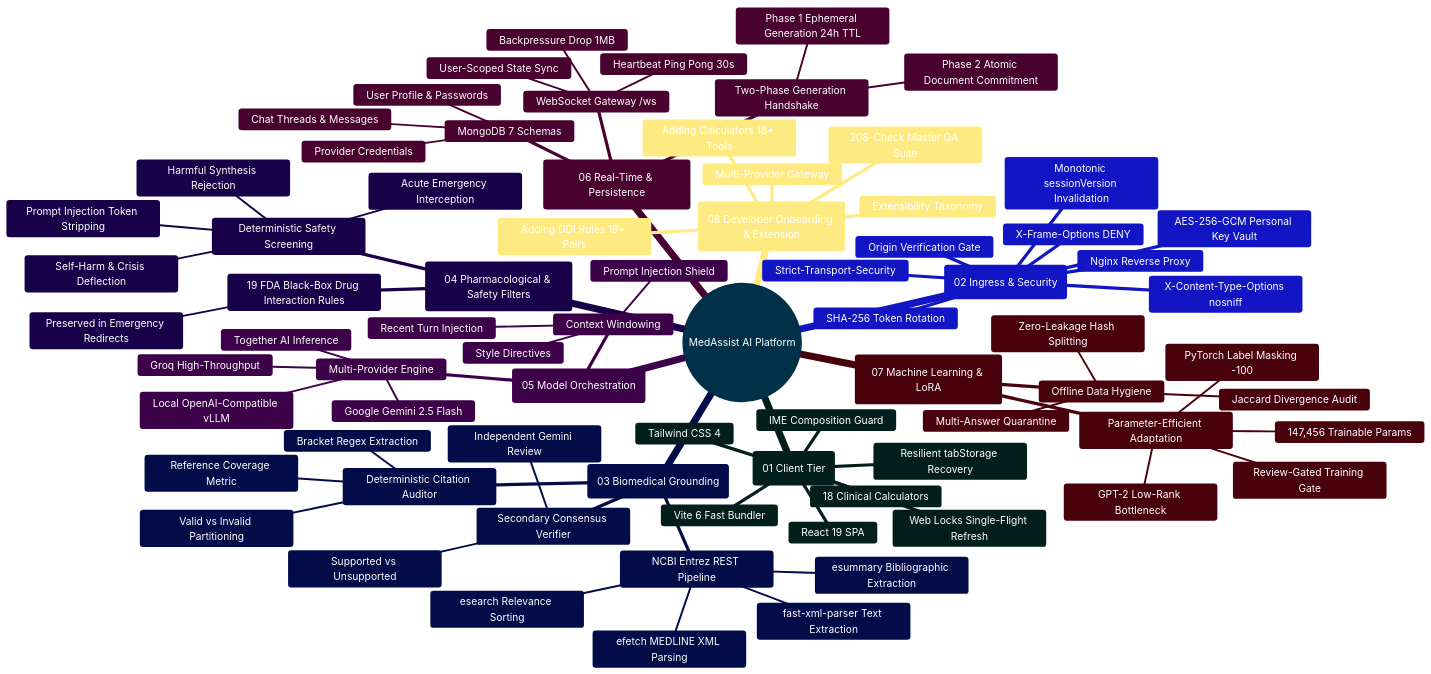
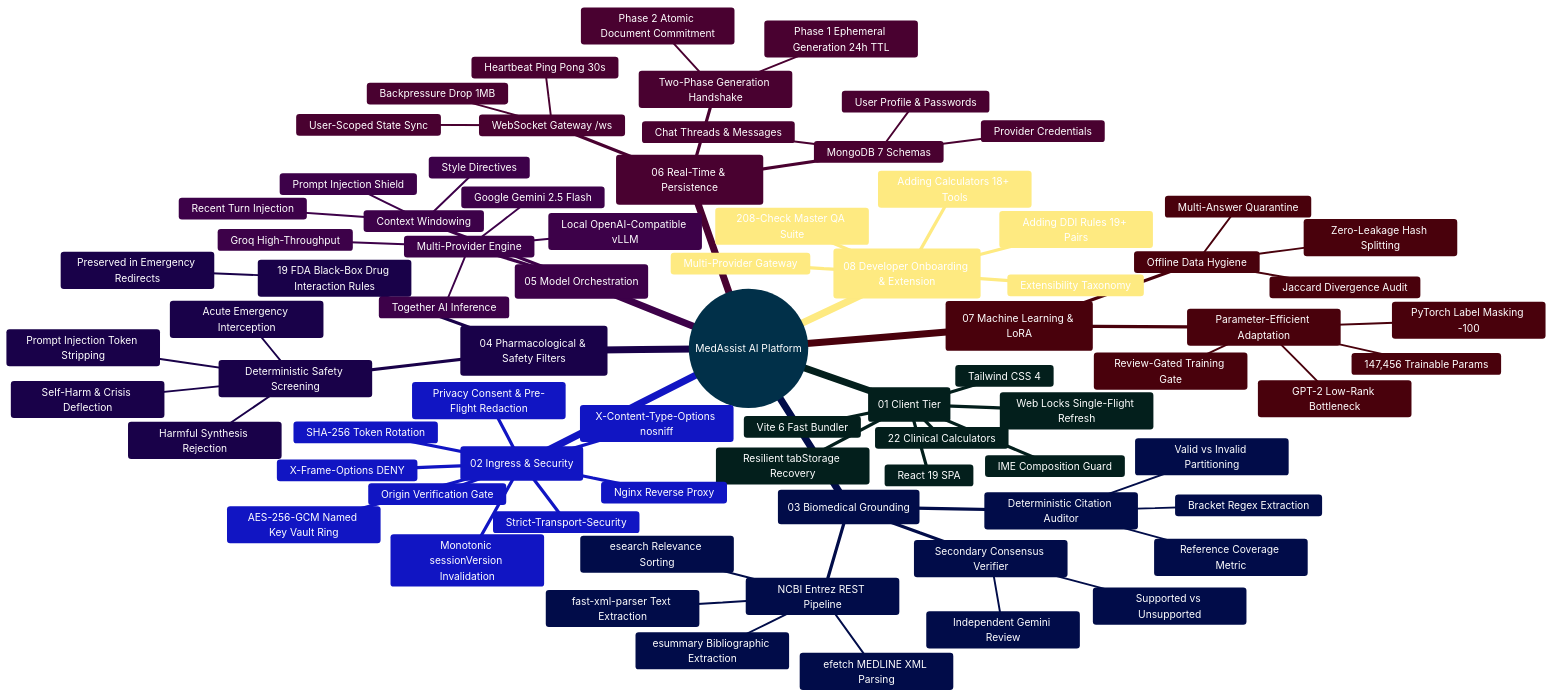
The first of 2 diagrams in docs/README.md (Ganesh172919/React-App-LLM), drawn with Mermaid before and after one commit. The commit also changed other lines of this file and 67 other files, not shown here.

```diff
--- a/docs/README.md
+++ b/docs/README.md
@@ -105,14 +109,15 @@
       Web Locks Single-Flight Refresh
       Resilient tabStorage Recovery
       IME Composition Guard
-      18 Clinical Calculators
+      22 Clinical Calculators
     (02 Ingress & Security)
       Nginx Reverse Proxy
       Origin Verification Gate
       Strict-Transport-Security
       X-Content-Type-Options nosniff
       X-Frame-Options DENY
-      AES-256-GCM Personal Key Vault
+      AES-256-GCM Named Key Vault Ring
+      Privacy Consent & Pre-Flight Redaction
       Monotonic sessionVersion Invalidation
       SHA-256 Token Rotation
     (03 Biomedical Grounding)
```
